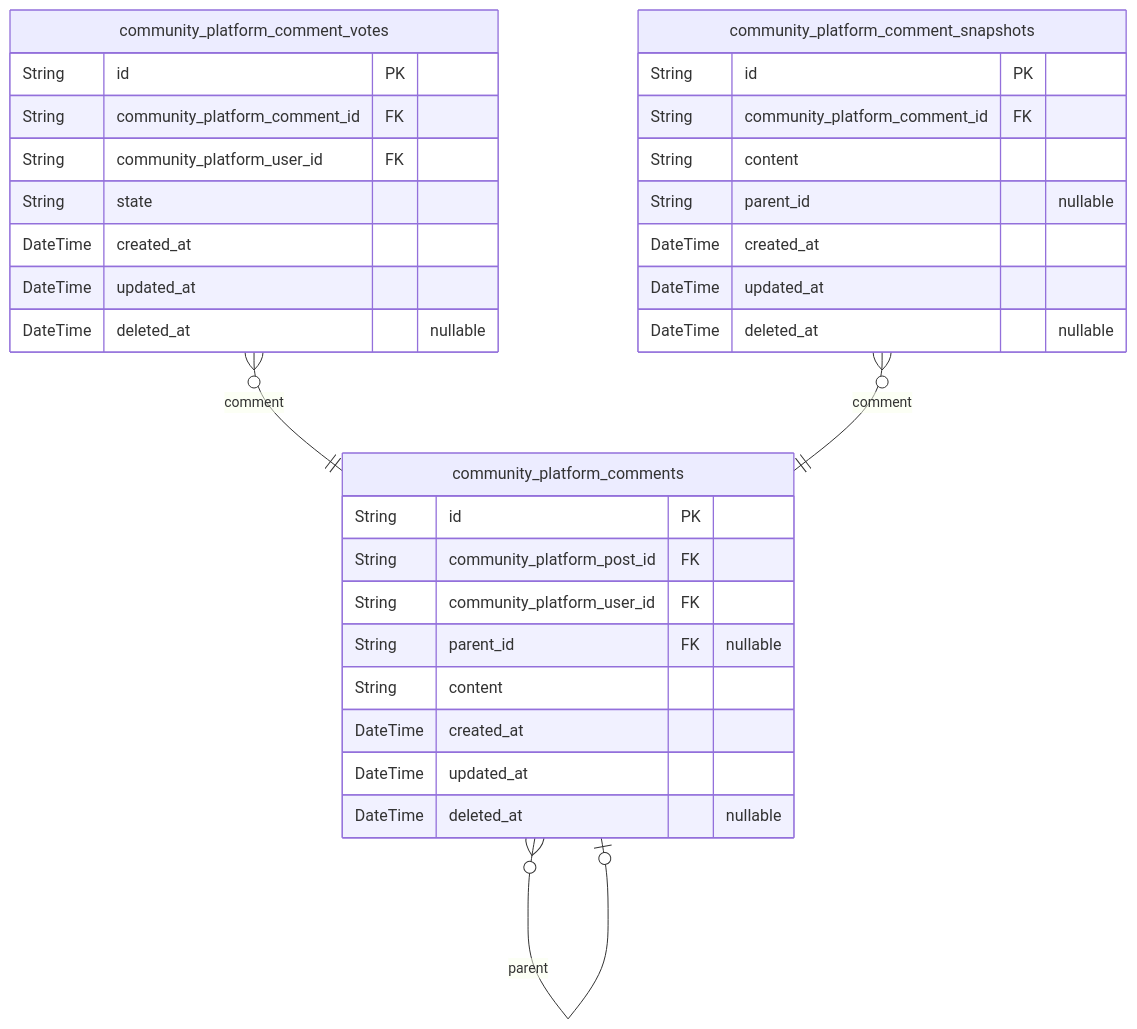
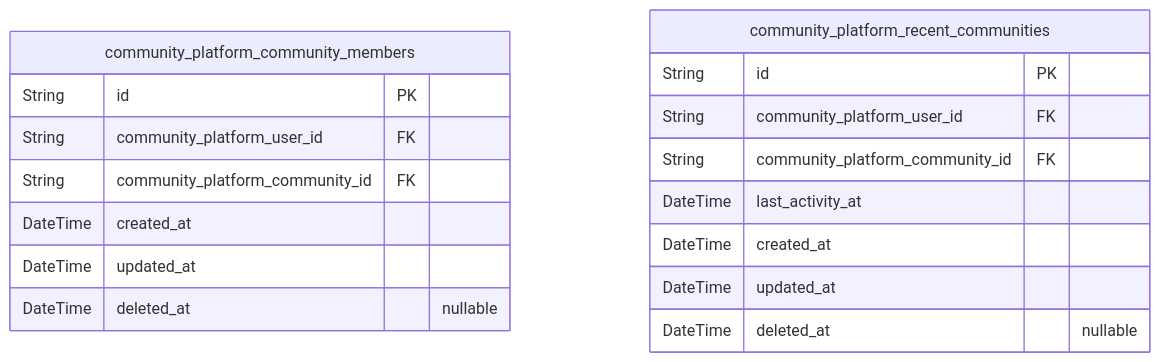
The fourth of 6 diagrams in docs/ERD.md (wrtnlabs/autobe-example-reddit-openai-gpt-5), drawn with Mermaid before and after one commit. The commit also changed other lines of this file and 721 other files, not shown here.

````diff
--- a/docs/ERD.md
+++ b/docs/ERD.md
@@ -655,34 +336,20 @@
 ```mermaid
 erDiagram
-"community_platform_comments" {
+"community_platform_community_members" {
   String id PK
-  String community_platform_post_id FK
   String community_platform_user_id FK
-  String parent_id FK "nullable"
-  String content
+  String community_platform_community_id FK
   DateTime created_at
   DateTime updated_at
   DateTime deleted_at "nullable"
 }
-"community_platform_comment_votes" {
+"community_platform_recent_communities" {
   String id PK
-  String community_platform_comment_id FK
   String community_platform_user_id FK
-  String state
+  String community_platform_community_id FK
+  DateTime last_activity_at
   DateTime created_at
   DateTime updated_at
   DateTime deleted_at "nullable"
 }
-"community_platform_comment_snapshots" {
-  String id PK
-  String community_platform_comment_id FK
-  String content
-  String parent_id "nullable"
-  DateTime created_at
-  DateTime updated_at
-  DateTime deleted_at "nullable"
-}
-"community_platform_comments" }o--o| "community_platform_comments" : parent
-"community_platform_comment_votes" }o--|| "community_platform_comments" : comment
-"community_platform_comment_snapshots" }o--|| "community_platform_comments" : comment
 ```
````
